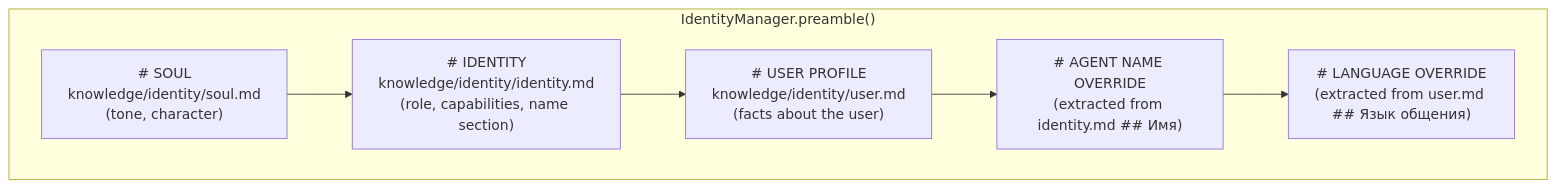
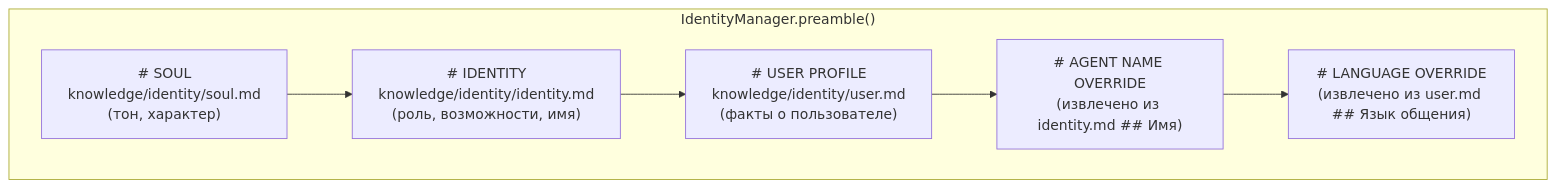
Before and after one commit to gjaloyan/hrant: the third of 12 diagrams in docs/architecture.md, drawn with Mermaid. The commit also changed other lines of this file, not shown here.

First line of the commit message:
docs(architecture): translate to Russian

````diff
--- a/docs/architecture.md
+++ b/docs/architecture.md
@@ -158,11 +159,11 @@
 ```mermaid
 flowchart TB
     subgraph IDENTITY["IdentityManager.preamble()"]
-        S1["# SOUL<br/>knowledge/identity/soul.md<br/>(tone, character)"]
-        S2["# IDENTITY<br/>knowledge/identity/identity.md<br/>(role, capabilities, name section)"]
-        S3["# USER PROFILE<br/>knowledge/identity/user.md<br/>(facts about the user)"]
-        S4["# AGENT NAME OVERRIDE<br/>(extracted from identity.md ## Имя)"]
-        S5["# LANGUAGE OVERRIDE<br/>(extracted from user.md ## Язык общения)"]
+        S1["# SOUL<br/>knowledge/identity/soul.md<br/>(тон, характер)"]
+        S2["# IDENTITY<br/>knowledge/identity/identity.md<br/>(роль, возможности, имя)"]
+        S3["# USER PROFILE<br/>knowledge/identity/user.md<br/>(факты о пользователе)"]
+        S4["# AGENT NAME OVERRIDE<br/>(извлечено из identity.md ## Имя)"]
+        S5["# LANGUAGE OVERRIDE<br/>(извлечено из user.md ## Язык общения)"]
         S1 --> S2 --> S3 --> S4 --> S5
     end
 ```
````
